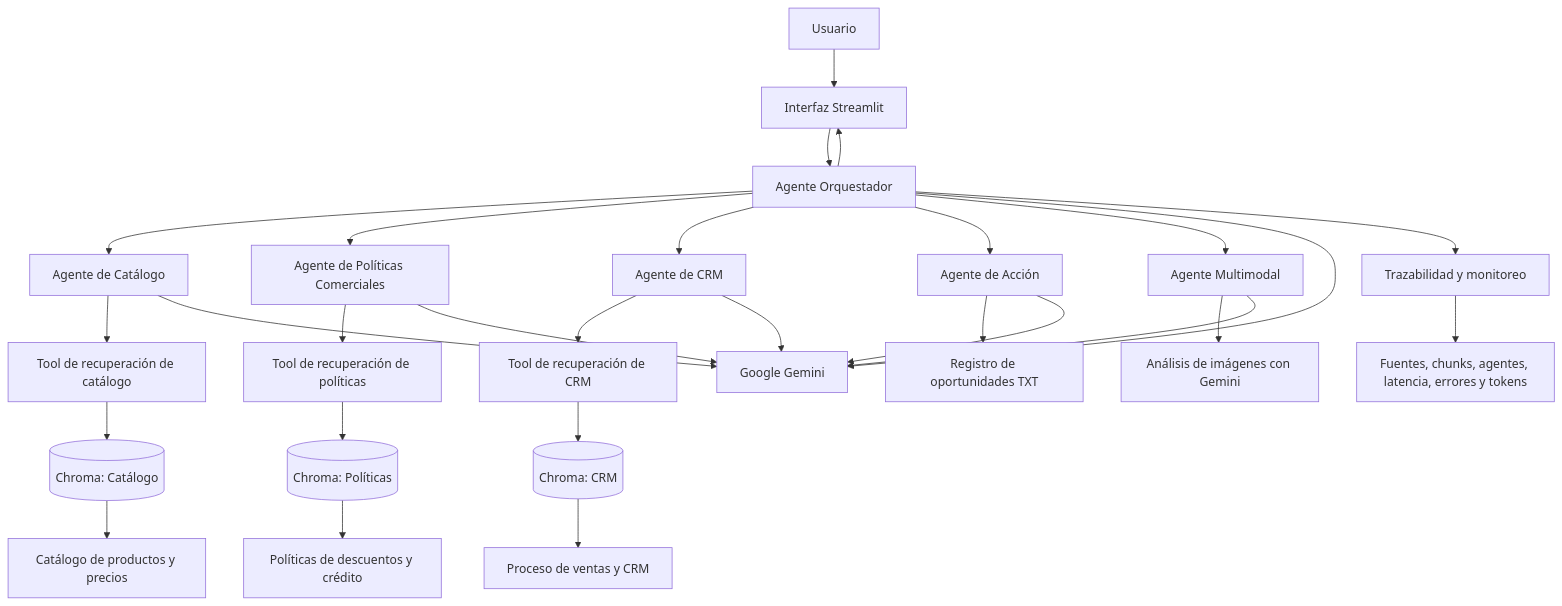
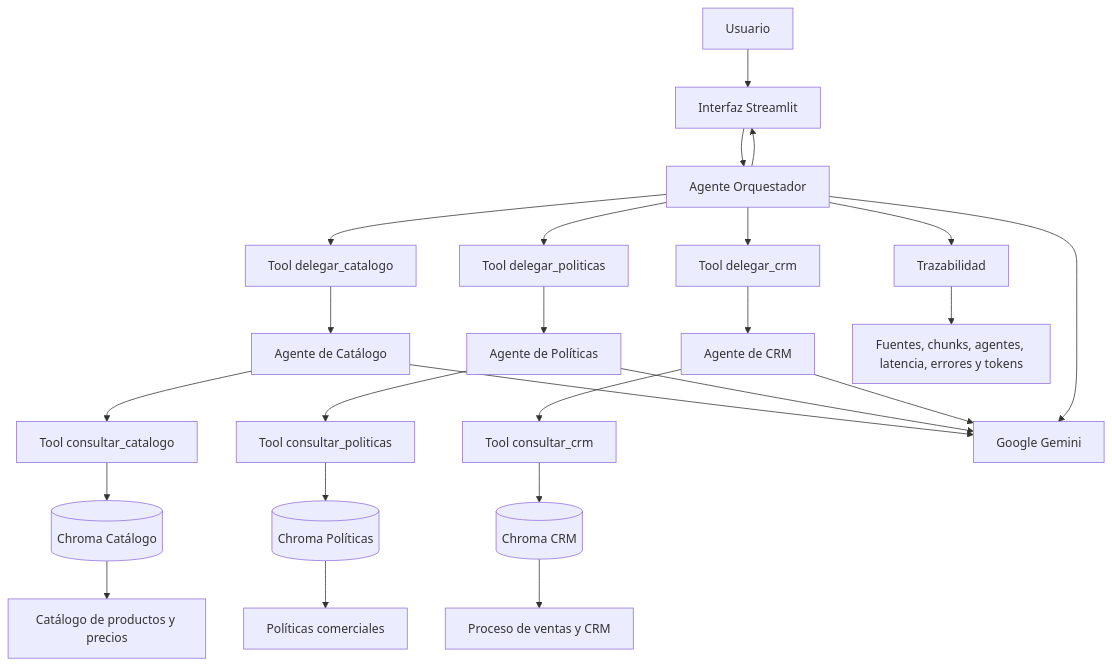
The first of 2 diagrams in AgentePatito_sa/README.md (DarkorZ/ProyectoFinal_IA_Netlife), drawn with Mermaid before and after one commit. The commit also changed other lines of this file, not shown here.

````diff
--- a/AgentePatito_sa/README.md
+++ b/AgentePatito_sa/README.md
@@ -318,39 +512,36 @@
 ```mermaid
 flowchart TD
     U[Usuario] --> UI[Interfaz Streamlit]
 
-    UI --> ORQ[Agente Orquestador]
+    UI --> O[Agente Orquestador]
 
-    ORQ --> AC[Agente de Catálogo]
-    ORQ --> AP[Agente de Políticas Comerciales]
-    ORQ --> AR[Agente de CRM]
-    ORQ --> AA[Agente de Acción]
-    ORQ --> AM[Agente Multimodal]
+    O --> DC[Tool delegar_catalogo]
+    O --> DP[Tool delegar_politicas]
+    O --> DR[Tool delegar_crm]
 
-    AC --> TC[Tool de recuperación de catálogo]
-    AP --> TP[Tool de recuperación de políticas]
-    AR --> TR[Tool de recuperación de CRM]
+    DC --> AC[Agente de Catálogo]
+    DP --> AP[Agente de Políticas]
+    DR --> AR[Agente de CRM]
 
-    TC --> VC[(Chroma: Catálogo)]
-    TP --> VP[(Chroma: Políticas)]
-    TR --> VR[(Chroma: CRM)]
+    AC --> TC[Tool consultar_catalogo]
+    AP --> TP[Tool consultar_politicas]
+    AR --> TR[Tool consultar_crm]
 
-    VC --> DC[Catálogo de productos y precios]
-    VP --> DP[Políticas de descuentos y crédito]
-    VR --> DR[Proceso de ventas y CRM]
+    TC --> VC[(Chroma Catálogo)]
+    TP --> VP[(Chroma Políticas)]
+    TR --> VR[(Chroma CRM)]
 
-    AA --> REG[Registro de oportunidades TXT]
-    AM --> IMG[Análisis de imágenes con Gemini]
+    VC --> DOC1[Catálogo de productos y precios]
+    VP --> DOC2[Políticas comerciales]
+    VR --> DOC3[Proceso de ventas y CRM]
 
-    AC --> GEM[Google Gemini]
-    AP --> GEM
-    AR --> GEM
-    ORQ --> GEM
-    AA --> GEM
-    AM --> GEM
+    AC --> G[Google Gemini]
+    AP --> G
+    AR --> G
+    O --> G
 
-    ORQ --> TRAZA[Trazabilidad y monitoreo]
-    TRAZA --> MET[Fuentes, chunks, agentes, latencia, errores y tokens]
+    O --> T[Trazabilidad]
+    T --> M[Fuentes, chunks, agentes, latencia, errores y tokens]
 
-    ORQ --> UI
+    O --> UI
 ```
````
